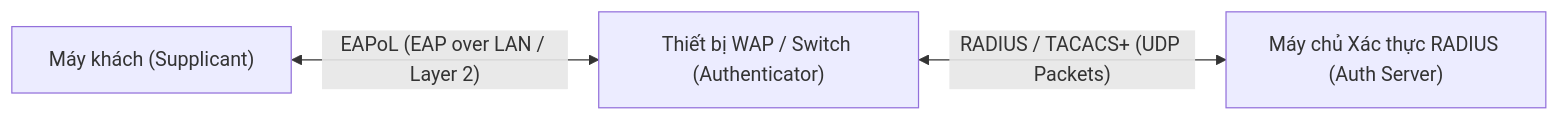
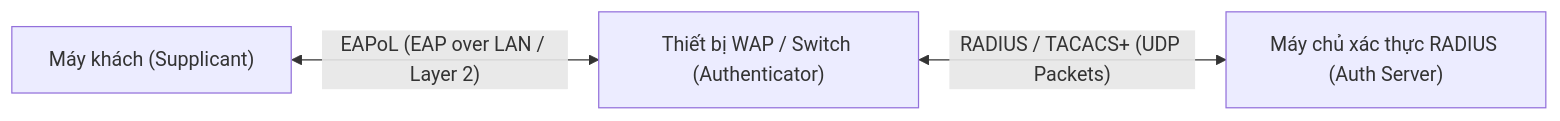
Before and after one commit to phattvh/HackTheBox_Translate: the third of 4 diagrams in Junior Cybersecurity Analyst/3. Introduction to Networking/19. Authentication Protocols.md, drawn with Mermaid. The commit also changed other lines of this file and 5 other files, not shown here.

````diff
--- a/Junior Cybersecurity Analyst/3. Introduction to Networking/19. Authentication Protocols.md
+++ b/Junior Cybersecurity Analyst/3. Introduction to Networking/19. Authentication Protocols.md
@@ -95,5 +95,5 @@
 ```mermaid
 graph LR
     Supplicant["Máy khách (Supplicant)"] <-->|"EAPoL (EAP over LAN / Layer 2)"| Authenticator["Thiết bị WAP / Switch (Authenticator)"]
-    Authenticator <-->|"RADIUS / TACACS+ (UDP Packets)"| AuthServer["Máy chủ Xác thực RADIUS (Auth Server)"]
+    Authenticator <-->|"RADIUS / TACACS+ (UDP Packets)"| AuthServer["Máy chủ xác thực RADIUS (Auth Server)"]
 ```
````
